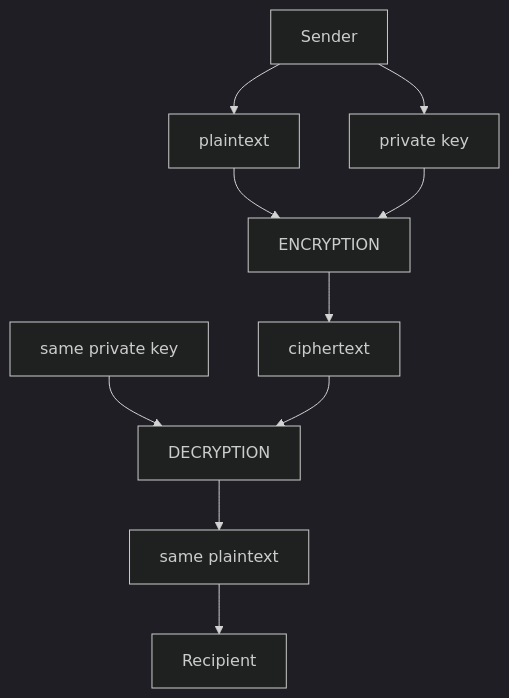
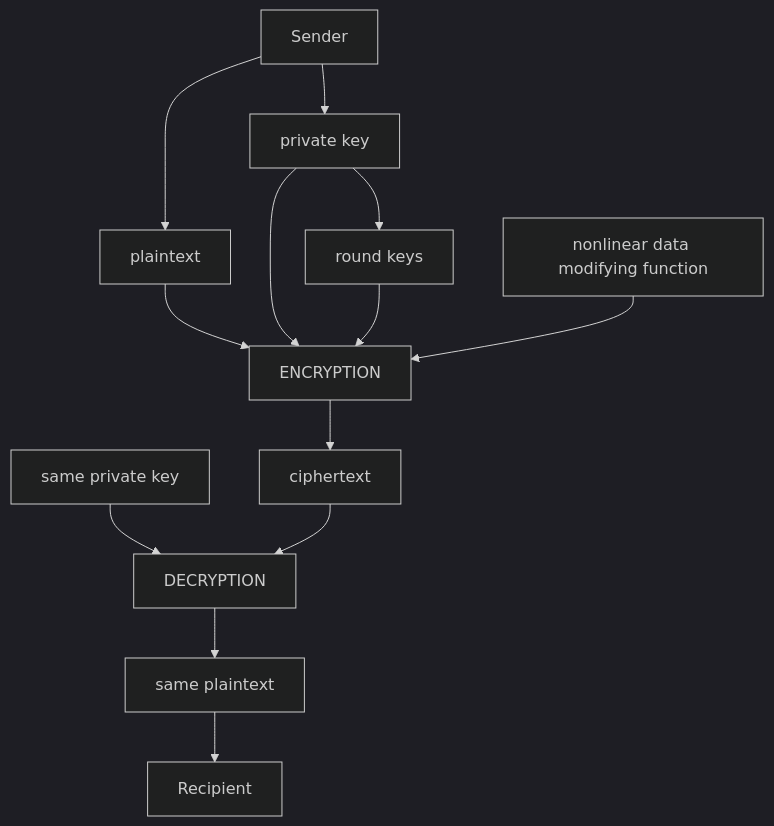
Before and after one commit to Kietpawpan/encryption: the diagram in README.md, drawn with Mermaid (dark theme).

````diff
--- a/README.md
+++ b/README.md
@@ -5,9 +5,11 @@
 ```mermaid
 flowchart TD
     A[Sender] --> B[plaintext]-->D
     C[private key]-->D[ENCRYPTION]-->E[ciphertext]
     F[Recipient]
     C2[same private key]-->G[DECRYPTION]-->I[same plaintext]-->F
      E-->G
 A-->C
+C-->RK[round keys]-->D
+FC[nonlinear data modifying function]-->D
 ```
````
